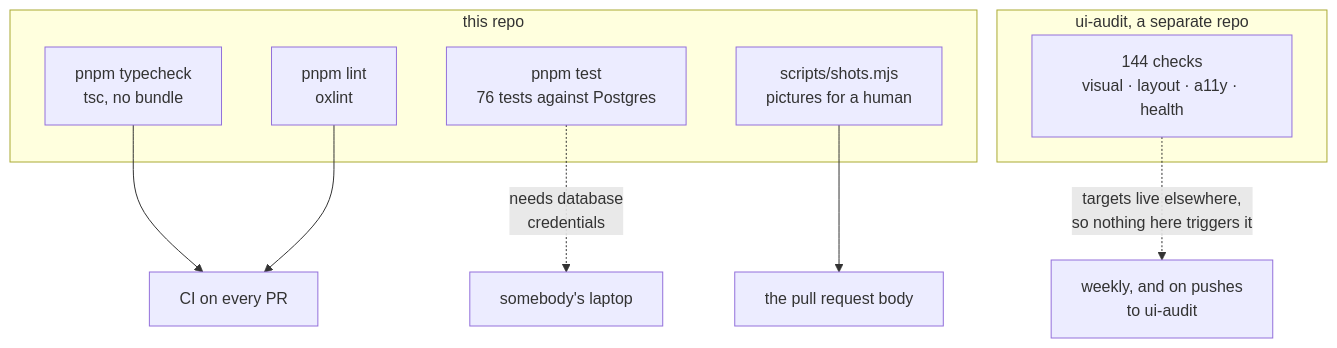
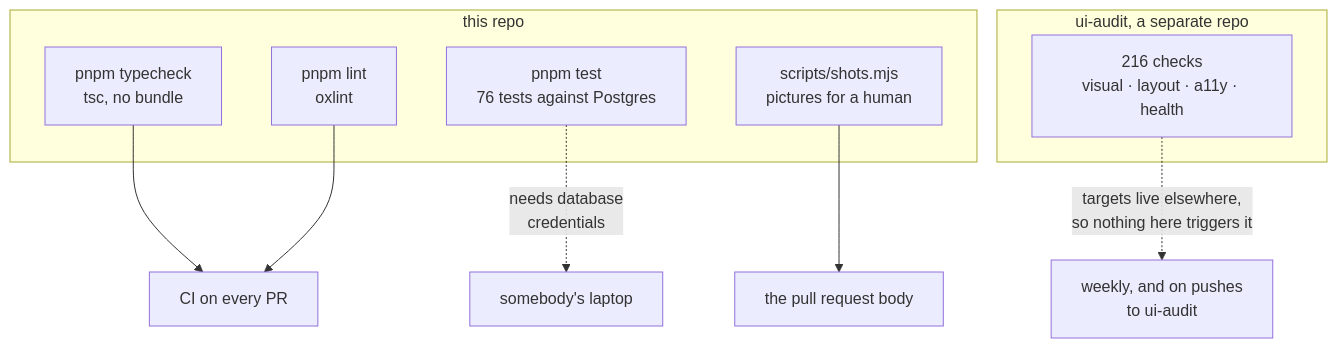
The first of 3 diagrams in docs/testing.md (minormending/restroom-map), drawn with Mermaid before and after one commit. The commit also changed other lines of this file and 2 other files, not shown here.

````diff
--- a/docs/testing.md
+++ b/docs/testing.md
@@ -6,19 +6,19 @@
 ```mermaid
 graph TB
     subgraph repo["this repo"]
         types["pnpm typecheck<br/>tsc, no bundle"]
         lint["pnpm lint<br/>oxlint"]
         db["pnpm test<br/>76 tests against Postgres"]
         shots["scripts/shots.mjs<br/>pictures for a human"]
     end
 
     subgraph other["ui-audit, a separate repo"]
-        audit["144 checks<br/>visual · layout · a11y · health"]
+        audit["216 checks<br/>visual · layout · a11y · health"]
     end
 
     types --> ci["CI on every PR"]
     lint --> ci
     db -.->|"needs database<br/>credentials"| laptop["somebody's laptop"]
     audit -.->|"targets live elsewhere,<br/>so nothing here triggers it"| weekly["weekly, and on pushes<br/>to ui-audit"]
     shots --> pr["the pull request body"]
 ```
````
